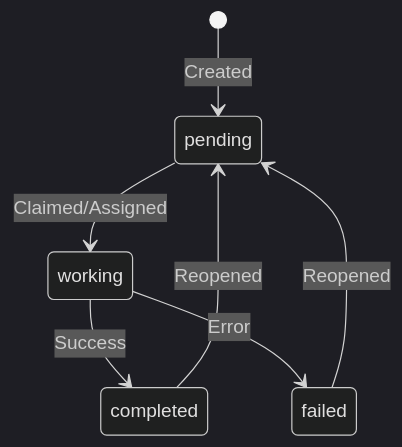
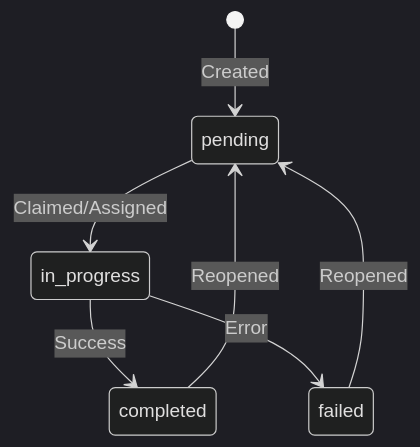
One commit to s-hiraoku/synapse-a2a changed the second of 2 diagrams in site-docs/guide/task-board.md. Above: the diagram before and after it, drawn with Mermaid (dark theme). The commit also changed other lines of this file and 108 other files, not shown here.

````diff
--- a/site-docs/guide/task-board.md
+++ b/site-docs/guide/task-board.md
@@ -139,9 +139,9 @@
 ```mermaid
 stateDiagram-v2
     [*] --> pending: Created
-    pending --> working: Claimed/Assigned
-    working --> completed: Success
-    working --> failed: Error
+    pending --> in_progress: Claimed/Assigned
+    in_progress --> completed: Success
+    in_progress --> failed: Error
     completed --> pending: Reopened
     failed --> pending: Reopened
 ```
````
